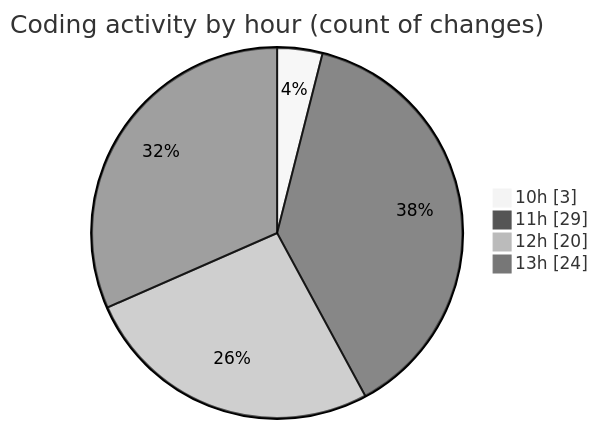
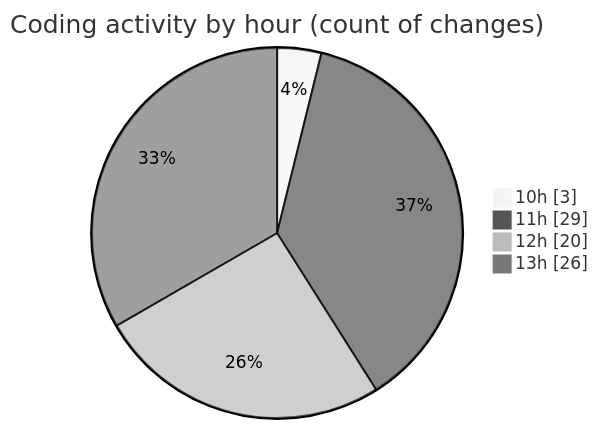
One commit to EIIisD/code-tracking changed the second of 2 diagrams in 2025-08-14/ribbon/README.md. Above: the diagram before and after it, drawn with Mermaid (neutral theme). The commit also changed other lines of this file and 1 other file, not shown here.

````diff
--- a/2025-08-14/ribbon/README.md
+++ b/2025-08-14/ribbon/README.md
@@ -40,8 +40,8 @@
 ```mermaid
 pie showData
 title Coding activity by hour (count of changes)
 "10h" : 3
 "11h" : 29
 "12h" : 20
-"13h" : 24
+"13h" : 26
 ```
````
